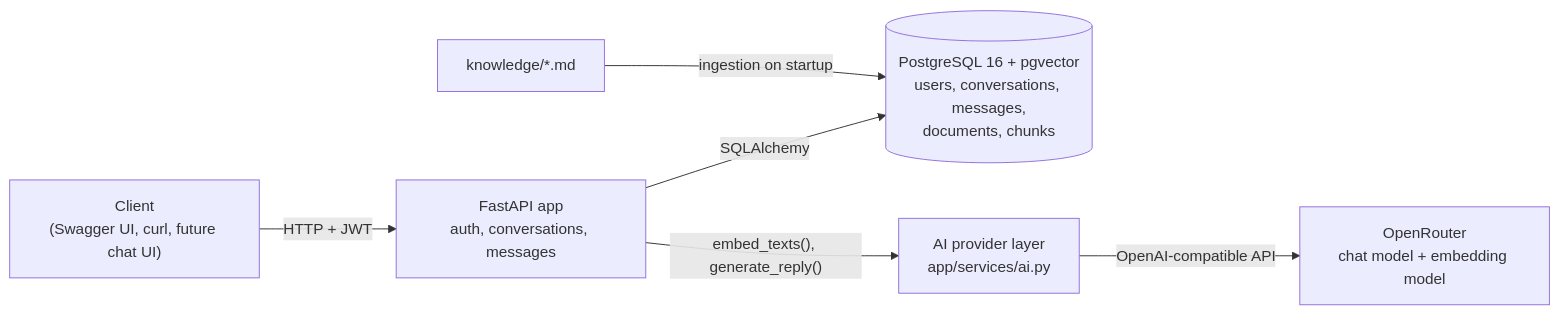
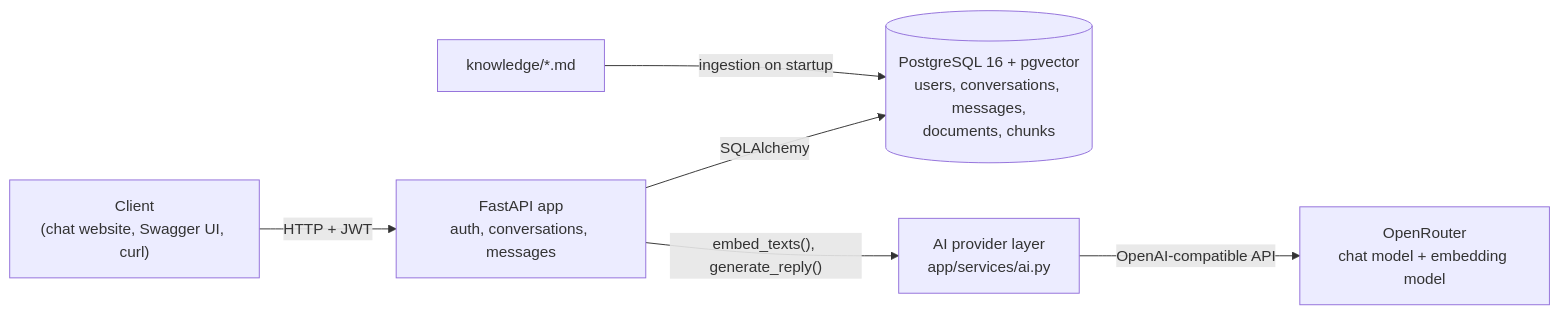
The diagram in README.md (Techy-Pabs/shopassist), drawn with Mermaid before and after one commit. The commit also changed other lines of this file and 2 other files, not shown here.

````diff
--- a/README.md
+++ b/README.md
@@ -61,15 +63,15 @@
 ```mermaid
 flowchart LR
-    Client["Client<br/>(Swagger UI, curl, future chat UI)"]
+    Client["Client<br/>(chat website, Swagger UI, curl)"]
     API["FastAPI app<br/>auth, conversations, messages"]
     DB[("PostgreSQL 16 + pgvector<br/>users, conversations, messages,<br/>documents, chunks")]
     AILayer["AI provider layer<br/>app/services/ai.py"]
     OpenRouter["OpenRouter<br/>chat model + embedding model"]
     Files["knowledge/*.md"]
 
     Client -- "HTTP + JWT" --> API
     API -- "SQLAlchemy" --> DB
     API -- "embed_texts(), generate_reply()" --> AILayer
     AILayer -- "OpenAI-compatible API" --> OpenRouter
     Files -- "ingestion on startup" --> DB
 ```
````
